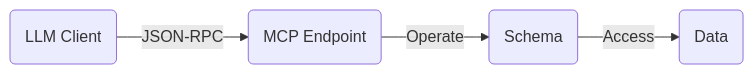
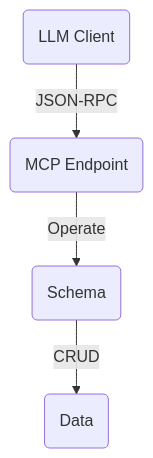
One commit to anismegdiche/metal-server changed the seventh of 7 diagrams in docs/docs/documentation/concepts.md. Above: the diagram before and after it, drawn with Mermaid. The commit also changed other lines of this file and 17 other files, not shown here.

````diff
--- a/docs/docs/documentation/concepts.md
+++ b/docs/docs/documentation/concepts.md
@@ -85,4 +142,4 @@
 ```mermaid
-graph LR
-    LLM(LLM Client) -- JSON-RPC --> MCP(MCP Endpoint) -- Operate --> Schema(Schema) -- Access --> Data(Data)
+graph TD
+    LLM(LLM Client) -- JSON-RPC --> MCP(MCP Endpoint) -- Operate --> Schema(Schema) -- CRUD --> Data(Data)
 ```
````
